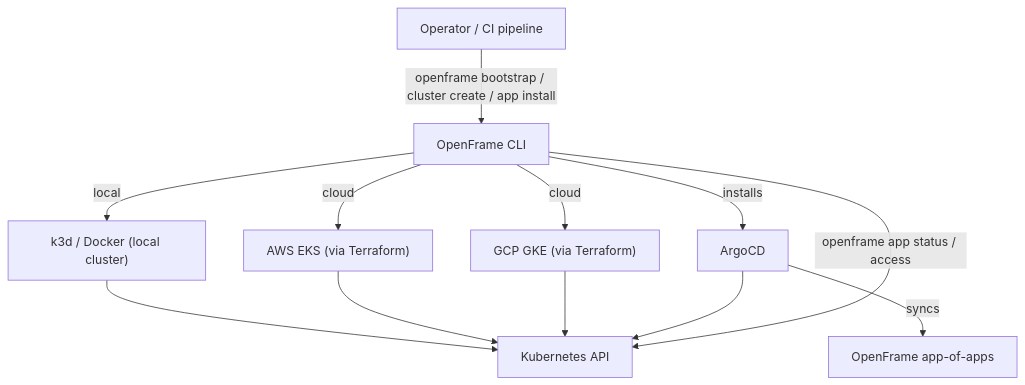
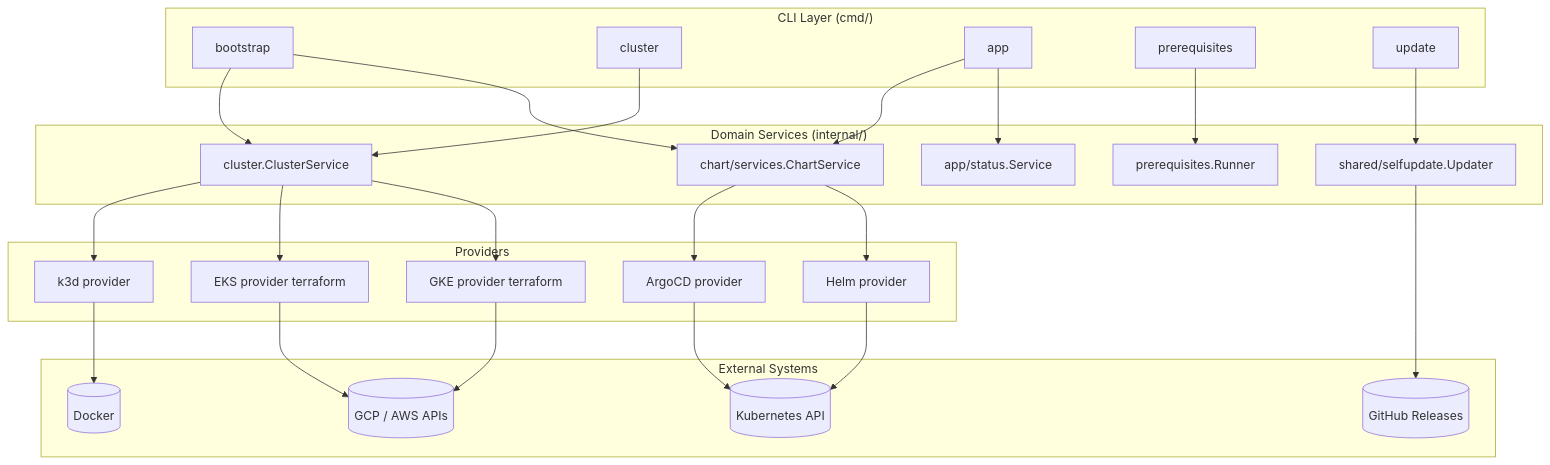
One commit to flamingo-stack/openframe-cli changed the diagram in docs/getting-started/introduction.md. Above: the diagram before and after it, drawn with Mermaid. The commit also changed other lines of this file and 27 other files, not shown here.

````diff
--- a/docs/getting-started/introduction.md
+++ b/docs/getting-started/introduction.md
@@ -35,23 +37,54 @@
 ```mermaid
-flowchart TB
-    User["Operator / CI pipeline"]
-    CLI["OpenFrame CLI"]
-    K3d["k3d / Docker (local cluster)"]
-    EKS["AWS EKS (via Terraform)"]
-    GKE["GCP GKE (via Terraform)"]
-    K8s["Kubernetes API"]
-    ArgoCD["ArgoCD"]
-    Apps["OpenFrame app-of-apps"]
+graph TB
+    subgraph cliLayer["CLI Layer (cmd/)"]
+        Bootstrap[bootstrap]
+        Cluster[cluster]
+        App[app]
+        Prereq[prerequisites]
+        Update[update]
+    end
 
-    User -->|"openframe bootstrap / cluster create / app install"| CLI
-    CLI -->|"local"| K3d
-    CLI -->|"cloud"| EKS
-    CLI -->|"cloud"| GKE
-    K3d --> K8s
-    EKS --> K8s
-    GKE --> K8s
-    CLI -->|"installs"| ArgoCD
-    ArgoCD -->|"syncs"| Apps
-    ArgoCD --> K8s
-    CLI -->|"openframe app status / access"| K8s
+    subgraph domainLayer["Domain Services (internal/)"]
+        ClusterSvc["cluster.ClusterService"]
+        ChartSvc["chart/services.ChartService"]
+        AppStatus["app/status.Service"]
+        PrereqFw["prerequisites.Runner"]
+        SelfUpdate["shared/selfupdate.Updater"]
+    end
+
+    subgraph providerLayer["Providers"]
+        K3d["k3d provider"]
+        EKS["EKS provider terraform"]
+        GKE["GKE provider terraform"]
+        ArgoCD["ArgoCD provider"]
+        Helm["Helm provider"]
+    end
+
+    subgraph externalLayer["External Systems"]
+        Docker[("Docker")]
+        K8sAPI[("Kubernetes API")]
+        CloudAPI[("GCP / AWS APIs")]
+        GitHubRel[("GitHub Releases")]
+    end
+
+    Bootstrap --> ClusterSvc
+    Bootstrap --> ChartSvc
+    Cluster --> ClusterSvc
+    App --> ChartSvc
+    App --> AppStatus
+    Prereq --> PrereqFw
+    Update --> SelfUpdate
+
+    ClusterSvc --> K3d
+    ClusterSvc --> EKS
+    ClusterSvc --> GKE
+    ChartSvc --> ArgoCD
+    ChartSvc --> Helm
+
+    K3d --> Docker
+    EKS --> CloudAPI
+    GKE --> CloudAPI
+    ArgoCD --> K8sAPI
+    Helm --> K8sAPI
+    SelfUpdate --> GitHubRel
 ```
````
